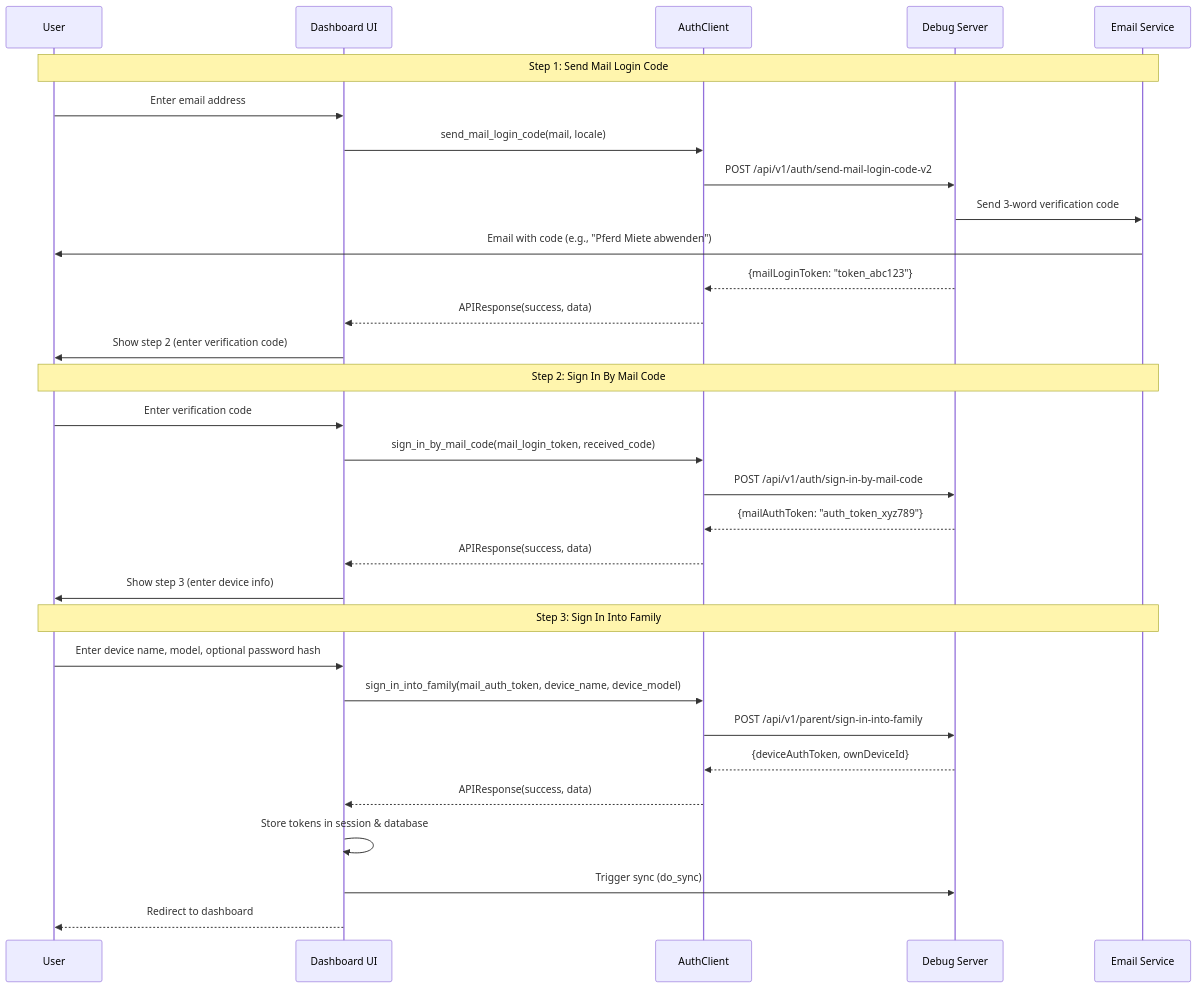
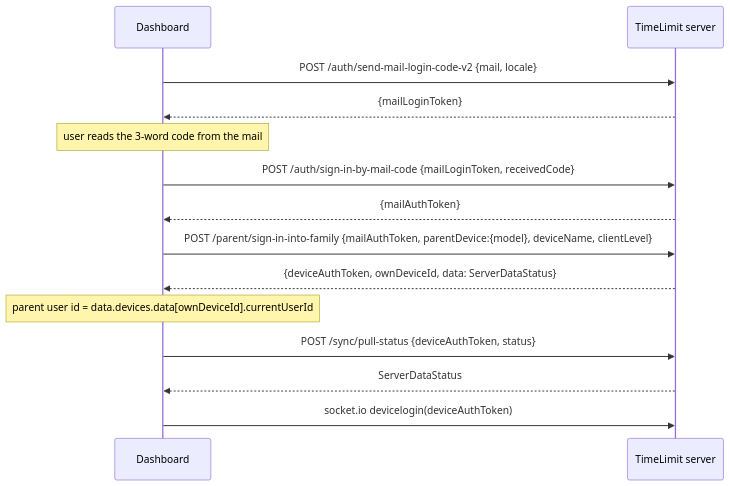
Before and after one commit to JeroenLind/timelimit-ui: the first of 2 diagrams in timelimit-ui/docs/ServerAPI.md, drawn with Mermaid. The commit also changed other lines of this file and 5 other files, not shown here.

First line of the commit message:
Rewrite ServerAPI.md from the server implementation

````diff
--- a/timelimit-ui/docs/ServerAPI.md
+++ b/timelimit-ui/docs/ServerAPI.md
@@ -199,36 +459,16 @@
 ```mermaid
 sequenceDiagram
-    participant User as User
-    participant UI as Dashboard UI
-    participant Client as AuthClient
-    participant Server as Debug Server
-    participant Email as Email Service
-
-    Note over User,Email: Step 1: Send Mail Login Code
-    User->>UI: Enter email address
-    UI->>Client: send_mail_login_code(mail, locale)
-    Client->>Server: POST /api/v1/auth/send-mail-login-code-v2
-    Server->>Email: Send 3-word verification code
-    Email->>User: Email with code (e.g., "Pferd Miete abwenden")
-    Server-->>Client: {mailLoginToken: "token_abc123"}
-    Client-->>UI: APIResponse(success, data)
-    UI->>User: Show step 2 (enter verification code)
-
-    Note over User,Email: Step 2: Sign In By Mail Code
-    User->>UI: Enter verification code
-    UI->>Client: sign_in_by_mail_code(mail_login_token, received_code)
-    Client->>Server: POST /api/v1/auth/sign-in-by-mail-code
-    Server-->>Client: {mailAuthToken: "auth_token_xyz789"}
-    Client-->>UI: APIResponse(success, data)
-    UI->>User: Show step 3 (enter device info)
-
-    Note over User,Email: Step 3: Sign In Into Family
-    User->>UI: Enter device name, model, optional password hash
-    UI->>Client: sign_in_into_family(mail_auth_token, device_name, device_model)
-    Client->>Server: POST /api/v1/parent/sign-in-into-family
-    Server-->>Client: {deviceAuthToken, ownDeviceId}
-    Client-->>UI: APIResponse(success, data)
-    UI->>UI: Store tokens in session & database
-    UI->>Server: Trigger sync (do_sync)
-    UI-->>User: Redirect to dashboard
+    participant D as Dashboard
+    participant S as TimeLimit server
+    D->>S: POST /auth/send-mail-login-code-v2 {mail, locale}
+    S-->>D: {mailLoginToken}
+    Note over D: user reads the 3-word code from the mail
+    D->>S: POST /auth/sign-in-by-mail-code {mailLoginToken, receivedCode}
+    S-->>D: {mailAuthToken}
+    D->>S: POST /parent/sign-in-into-family {mailAuthToken, parentDevice:{model}, deviceName, clientLevel}
+    S-->>D: {deviceAuthToken, ownDeviceId, data: ServerDataStatus}
+    Note over D: parent user id = data.devices.data[ownDeviceId].currentUserId
+    D->>S: POST /sync/pull-status {deviceAuthToken, status}
+    S-->>D: ServerDataStatus
+    D->>S: socket.io devicelogin(deviceAuthToken)
 ```
````
